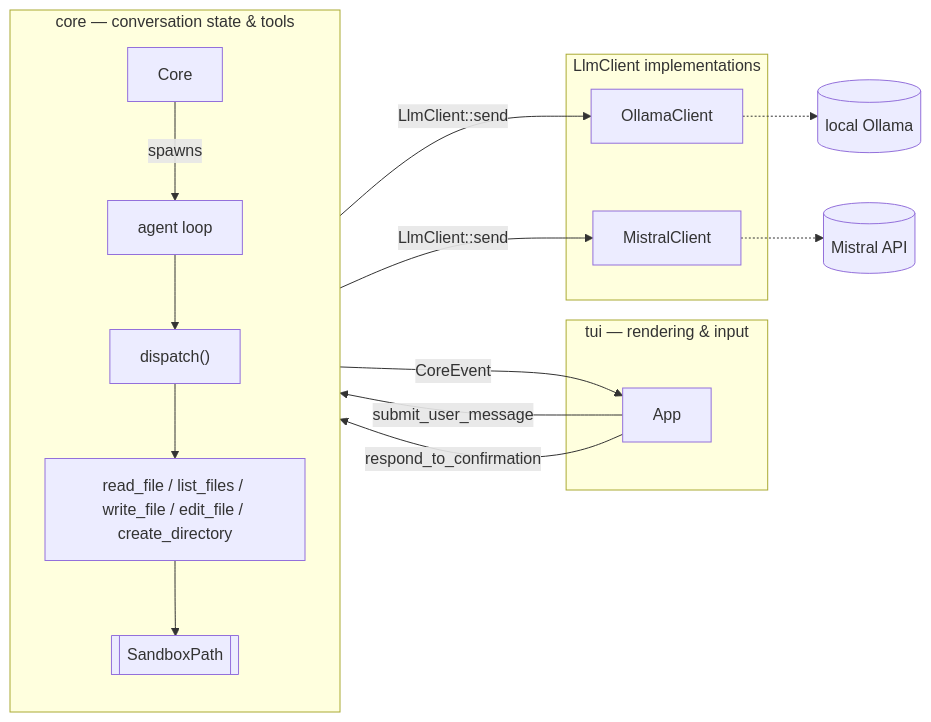
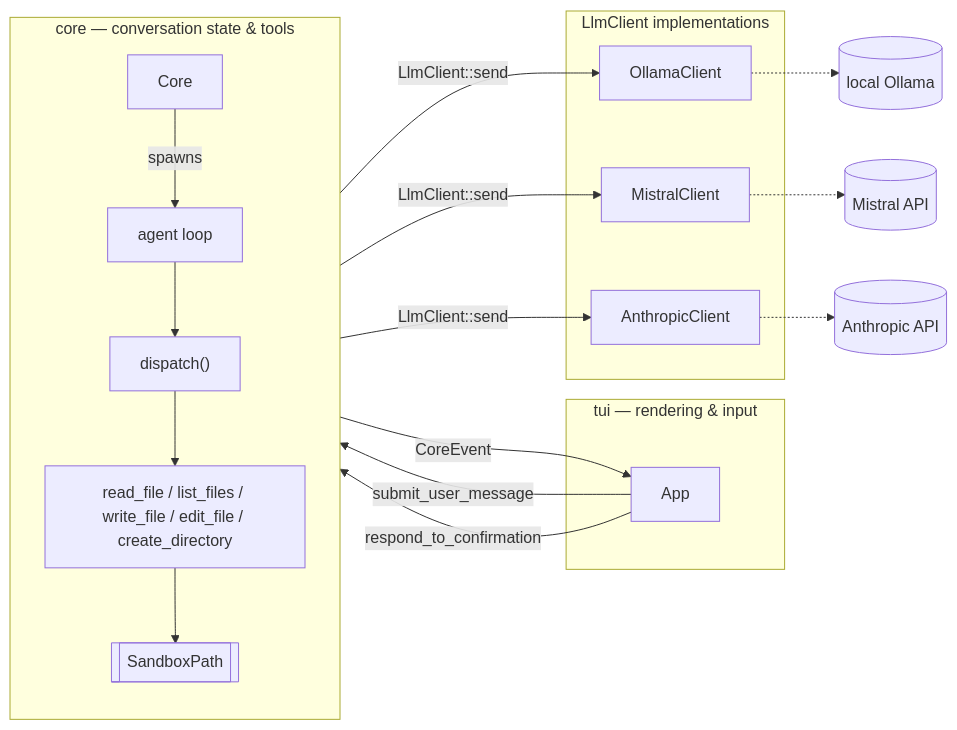
One commit to sukkis/emed-code changed the diagram in ARCHITECTURE.md. Above: the diagram before and after it, drawn with Mermaid. The commit also changed other lines of this file and 2 other files, not shown here.

Commit message:
Document the Anthropic provider in README/ARCHITECTURE/SECURITY

````diff
--- a/ARCHITECTURE.md
+++ b/ARCHITECTURE.md
@@ -9,32 +9,35 @@
 ```mermaid
 flowchart LR
     subgraph TUI["tui — rendering & input"]
         App
     end
 
     subgraph Core["core — conversation state & tools"]
         direction TB
         CoreStruct["Core"]
         Loop["agent loop"]
         Dispatch["dispatch()"]
         Tools["read_file / list_files / write_file / edit_file / create_directory"]
         Sandbox[["SandboxPath"]]
     end
 
     subgraph Providers["LlmClient implementations"]
         Ollama["OllamaClient"]
         Mistral["MistralClient"]
+        Anthropic["AnthropicClient"]
     end
 
     App -- "submit_user_message" --> CoreStruct
     CoreStruct -- "spawns" --> Loop
     Loop -- "CoreEvent" --> App
     App -- "respond_to_confirmation" --> Loop
     Loop --> Dispatch
     Dispatch --> Tools
     Tools --> Sandbox
     Loop -- "LlmClient::send" --> Ollama
     Loop -- "LlmClient::send" --> Mistral
+    Loop -- "LlmClient::send" --> Anthropic
     Ollama -.-> OllamaAPI[("local Ollama")]
     Mistral -.-> MistralAPI[("Mistral API")]
+    Anthropic -.-> AnthropicAPI[("Anthropic API")]
 ```
````
